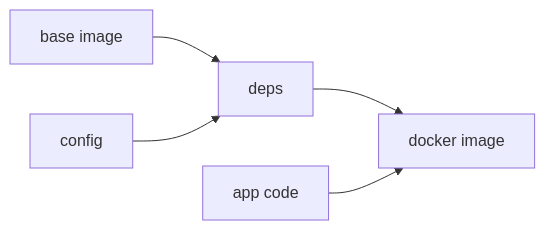
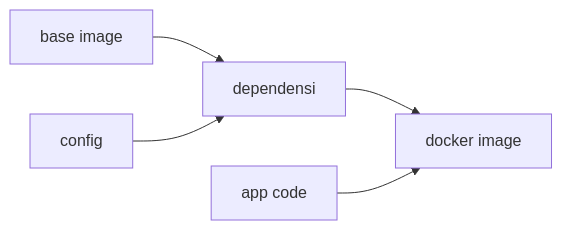
The third of 7 diagrams in README.md (amirul-git/The-7-days-of-devops), drawn with Mermaid before and after one commit. The commit also changed other lines of this file, not shown here.

Commit message:
Use mermaid for diagram and image only for illustration

````diff
--- a/README.md
+++ b/README.md
@@ -172,8 +190,8 @@
 ```mermaid
 graph LR
 A[base image]-->C
 B[config]-->C
-C[deps]-->F[docker image]
+C[dependensi]-->F[docker image]
 D[app code]-->F
 
 ```
````
